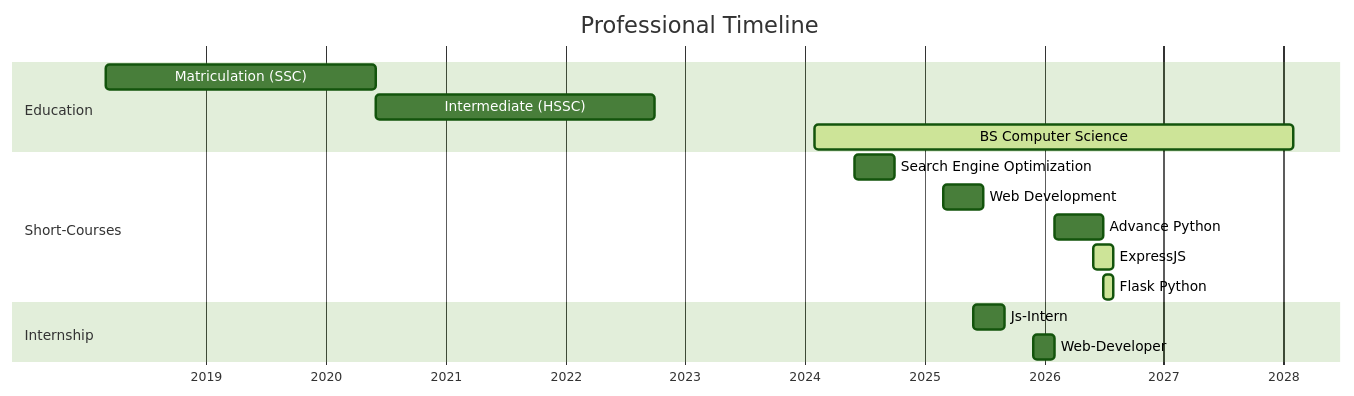
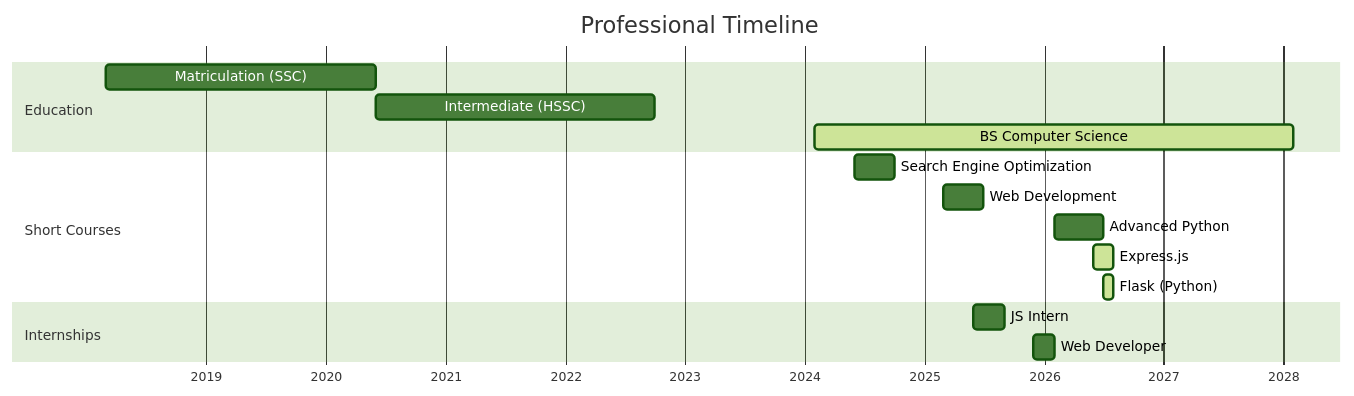
Before and after one commit to ahmadubaid061/ahmadubaid061: the diagram in README.md, drawn with Mermaid (forest theme). The commit also changed other lines of this file, not shown here.

````diff
--- a/README.md
+++ b/README.md
@@ -77,22 +137,22 @@
 ```mermaid
 gantt
     title Professional Timeline
     dateFormat  YYYY-MM
-    axisFormat %Y
+    axisFormat  %Y
 
     section Education
-    Matriculation (SSC) :a1, 2018-03, 2020-06
-    Intermediate (HSSC) :a2, after a1, 2022-10
-    BS Computer Science :active, a3, 2024-02, 2028-02
+    Matriculation (SSC)      :a1, 2018-03, 2020-06
+    Intermediate (HSSC)      :a2, after a1, 2022-10
+    BS Computer Science      :active, a3, 2024-02, 2028-02
 
-    section Short-Courses
+    section Short Courses
     Search Engine Optimization :a4, 2024-06, 2024-10
-    Web Development :a5, 2025-03, 2025-07
-    Advance Python :a6, 2026-02, 2026-07
-    ExpressJS :active, 2026-06, 2026-08
-    Flask Python :active, 2026-07, 2026-08
+    Web Development             :a5, 2025-03, 2025-07
+    Advanced Python              :a6, 2026-02, 2026-07
+    Express.js                   :active, a7, 2026-06, 2026-08
+    Flask (Python)                :active, a8, 2026-07, 2026-08
 
-    section Internship
-    Js-Intern :a7, 2025-06, 2025-09
-    Web-Developer :a8, 2025-12, 2026-02
+    section Internships
+    JS Intern            :a9, 2025-06, 2025-09
+    Web Developer         :a10, 2025-12, 2026-02
 ```
````
